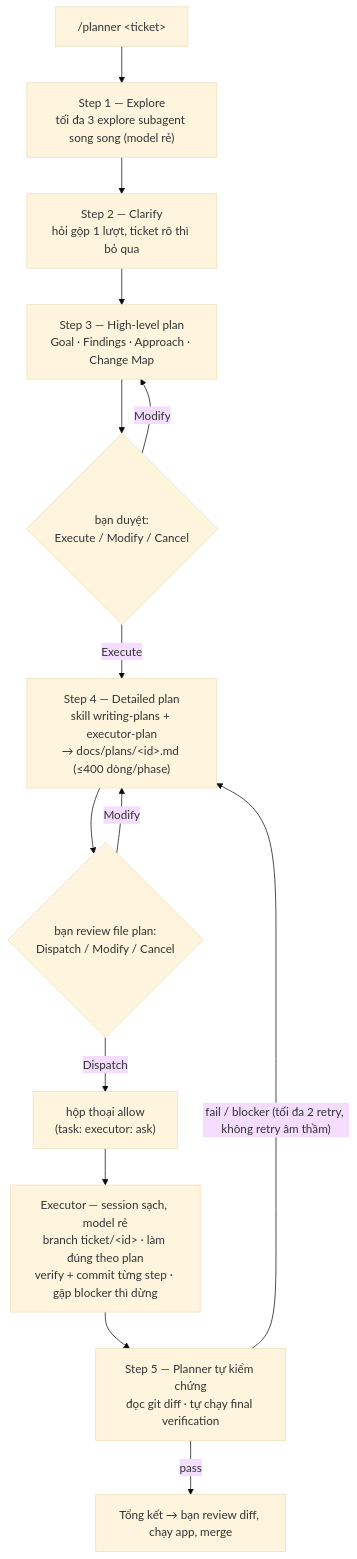
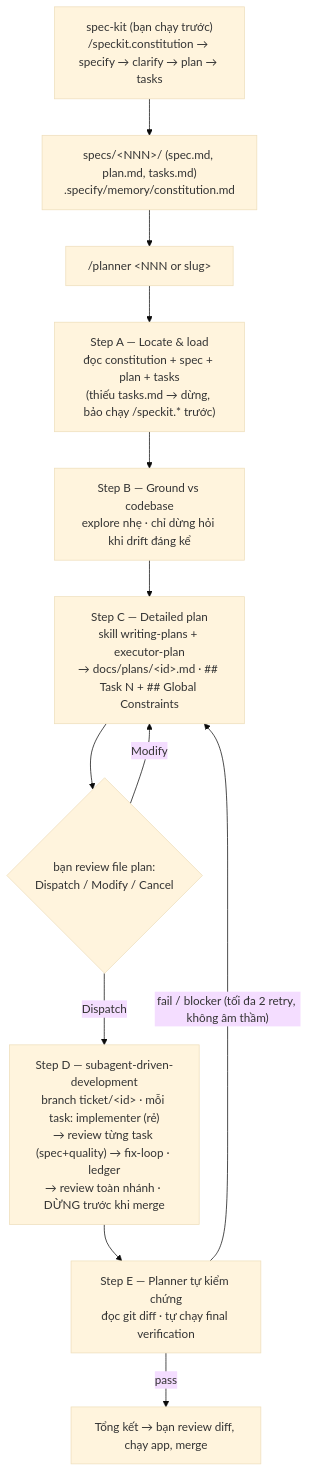
Before and after one commit to thanhnguyen293/planexec: the diagram in README.vi.md, drawn with Mermaid (base theme). The commit also changed other lines of this file and 14 other files, not shown here.

````diff
--- a/README.vi.md
+++ b/README.vi.md
@@ -12,16 +27,14 @@
 ```mermaid
 flowchart TD
-    A["/planner &lt;ticket&gt;"] --> B["Step 1 — Explore<br/>tối đa 3 explore subagent song song (model rẻ)"]
-    B --> C["Step 2 — Clarify<br/>hỏi gộp 1 lượt, ticket rõ thì bỏ qua"]
-    C --> D["Step 3 — High-level plan<br/>Goal · Findings · Approach · Change Map"]
-    D --> G1{"bạn duyệt:<br/>Execute / Modify / Cancel"}
-    G1 -- Modify --> D
-    G1 -- Execute --> E["Step 4 — Detailed plan<br/>skill writing-plans + executor-plan<br/>→ docs/plans/&lt;id&gt;.md (≤400 dòng/phase)"]
-    E --> G2{"bạn review file plan:<br/>Dispatch / Modify / Cancel"}
-    G2 -- Modify --> E
-    G2 -- Dispatch --> G3["hộp thoại allow<br/>(task: executor: ask)"]
-    G3 --> X["Executor — session sạch, model rẻ<br/>branch ticket/&lt;id&gt; · làm đúng theo plan<br/>verify + commit từng step · gặp blocker thì dừng"]
-    X --> V["Step 5 — Planner tự kiểm chứng<br/>đọc git diff · tự chạy final verification"]
-    V -- "fail / blocker (tối đa 2 retry, không retry âm thầm)" --> E
+    S["spec-kit (bạn chạy trước)<br/>/speckit.constitution → specify → clarify → plan → tasks"] --> SP["specs/&lt;NNN&gt;/ (spec.md, plan.md, tasks.md)<br/>.specify/memory/constitution.md"]
+    SP --> A["/planner &lt;NNN or slug&gt;"]
+    A --> B["Step A — Locate &amp; load<br/>đọc constitution + spec + plan + tasks<br/>(thiếu tasks.md → dừng, bảo chạy /speckit.* trước)"]
+    B --> C["Step B — Ground vs codebase<br/>explore nhẹ · chỉ dừng hỏi khi drift đáng kể"]
+    C --> D["Step C — Detailed plan<br/>skill writing-plans + executor-plan<br/>→ docs/plans/&lt;id&gt;.md · ## Task N + ## Global Constraints"]
+    D --> G{"bạn review file plan:<br/>Dispatch / Modify / Cancel"}
+    G -- Modify --> D
+    G -- Dispatch --> X["Step D — subagent-driven-development<br/>branch ticket/&lt;id&gt; · mỗi task: implementer (rẻ)<br/>→ review từng task (spec+quality) → fix-loop · ledger<br/>→ review toàn nhánh · DỪNG trước khi merge"]
+    X --> V["Step E — Planner tự kiểm chứng<br/>đọc git diff · tự chạy final verification"]
+    V -- "fail / blocker (tối đa 2 retry, không âm thầm)" --> D
     V -- pass --> Z["Tổng kết → bạn review diff, chạy app, merge"]
 ```
````
